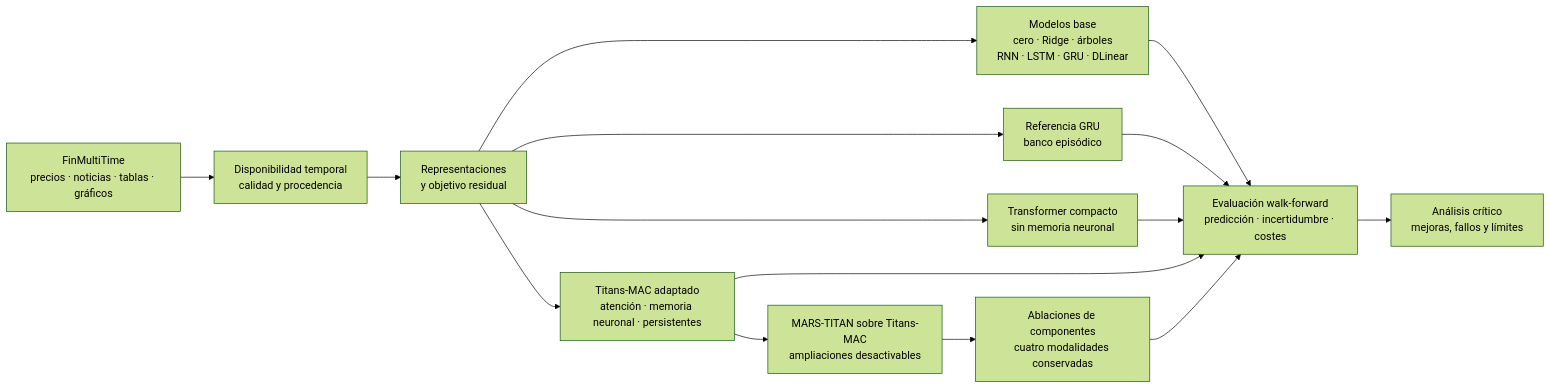
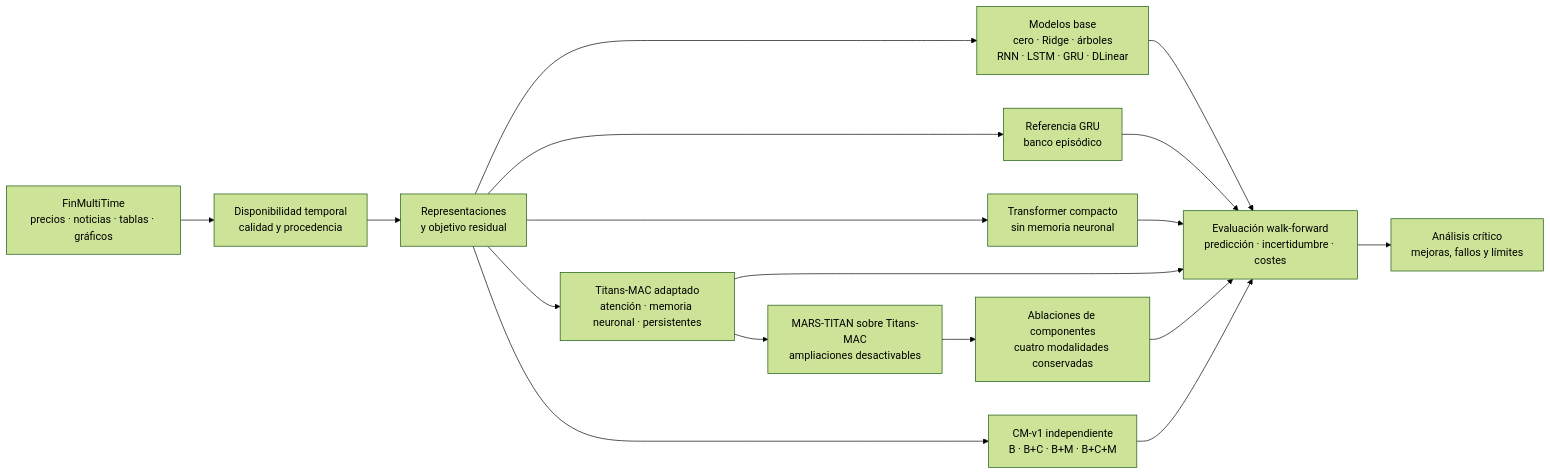
Before and after one commit to GonxKZ/mars-titan: the third of 3 diagrams in README.md, drawn with Mermaid (forest theme). The commit also changed other lines of this file and 96 other files, not shown here.

````diff
--- a/README.md
+++ b/README.md
@@ -120,17 +241,19 @@
 ```mermaid
 flowchart LR
     D[FinMultiTime<br/>precios · noticias · tablas · gráficos] --> P[Disponibilidad temporal<br/>calidad y procedencia]
     P --> X[Representaciones<br/>y objetivo residual]
     X --> B[Modelos base<br/>cero · Ridge · árboles<br/>RNN · LSTM · GRU · DLinear]
     X --> G[Referencia GRU<br/>banco episódico]
     X --> T[Transformer compacto<br/>sin memoria neuronal]
     X --> N[Titans-MAC adaptado<br/>atención · memoria neuronal · persistentes]
     N --> M[MARS-TITAN sobre Titans-MAC<br/>ampliaciones desactivables]
     M --> A[Ablaciones de componentes<br/>cuatro modalidades conservadas]
+    X --> CM[CM-v1 independiente<br/>B · B+C · B+M · B+C+M]
     B --> E[Evaluación walk-forward<br/>predicción · incertidumbre · costes]
     G --> E
     T --> E
     N --> E
     A --> E
+    CM --> E
     E --> C[Análisis crítico<br/>mejoras, fallos y límites]
 ```
````
